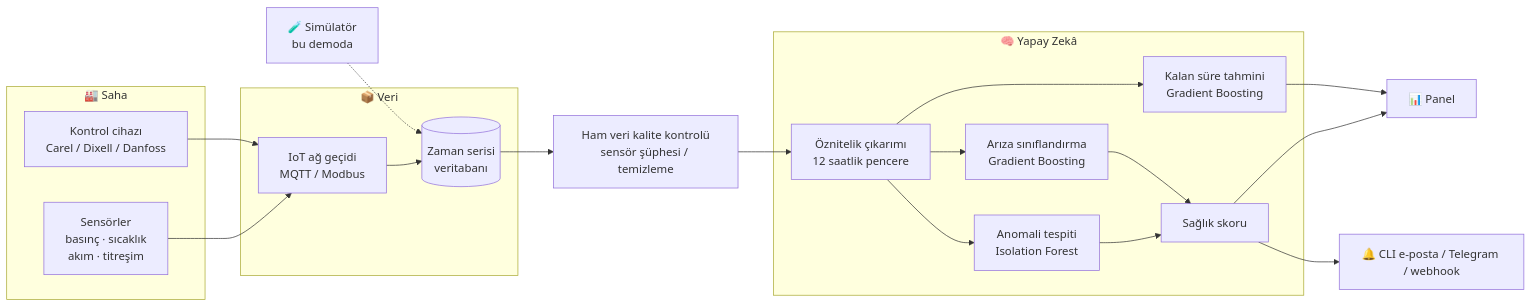
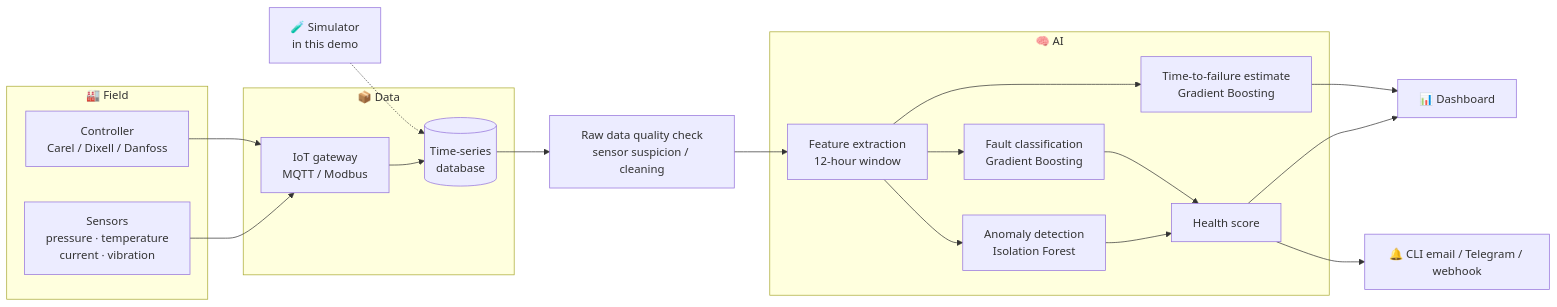
Before and after one commit to mirzayildiran/sogutma-ariza-tahmini: the diagram in README.md, drawn with Mermaid. The commit also changed other lines of this file and 19 other files, not shown here.

````diff
--- a/README.md
+++ b/README.md
@@ -122,31 +125,31 @@
 ```mermaid
 flowchart LR
-    subgraph Saha["🏭 Saha"]
-        S[Sensörler<br/>basınç · sıcaklık<br/>akım · titreşim]
-        K[Kontrol cihazı<br/>Carel / Dixell / Danfoss]
+    subgraph Field["🏭 Field"]
+        S[Sensors<br/>pressure · temperature<br/>current · vibration]
+        K[Controller<br/>Carel / Dixell / Danfoss]
     end
-    subgraph Veri["📦 Veri"]
-        G[IoT ağ geçidi<br/>MQTT / Modbus]
-        DB[(Zaman serisi<br/>veritabanı)]
+    subgraph Data["📦 Data"]
+        G[IoT gateway<br/>MQTT / Modbus]
+        DB[(Time-series<br/>database)]
     end
-    Q[Ham veri kalite kontrolü<br/>sensör şüphesi / temizleme]
-    subgraph AI["🧠 Yapay Zekâ"]
-        F[Öznitelik çıkarımı<br/>12 saatlik pencere]
-        A[Anomali tespiti<br/>Isolation Forest]
-        C[Arıza sınıflandırma<br/>Gradient Boosting]
-        R[Kalan süre tahmini<br/>Gradient Boosting]
-        H[Sağlık skoru]
+    Q[Raw data quality check<br/>sensor suspicion / cleaning]
+    subgraph AI["🧠 AI"]
+        F[Feature extraction<br/>12-hour window]
+        A[Anomaly detection<br/>Isolation Forest]
+        C[Fault classification<br/>Gradient Boosting]
+        R[Time-to-failure estimate<br/>Gradient Boosting]
+        H[Health score]
     end
-    P[📊 Panel]
-    N[🔔 CLI e-posta / Telegram / webhook]
+    P[📊 Dashboard]
+    N[🔔 CLI email / Telegram / webhook]
 
     S --> G
     K --> G
     G --> DB --> Q --> F
     F --> A & C & R
     A & C --> H
     H & R --> P
     H --> N
 
-    SIM[🧪 Simülatör<br/>bu demoda] -.-> DB
+    SIM[🧪 Simulator<br/>in this demo] -.-> DB
 ```
````
